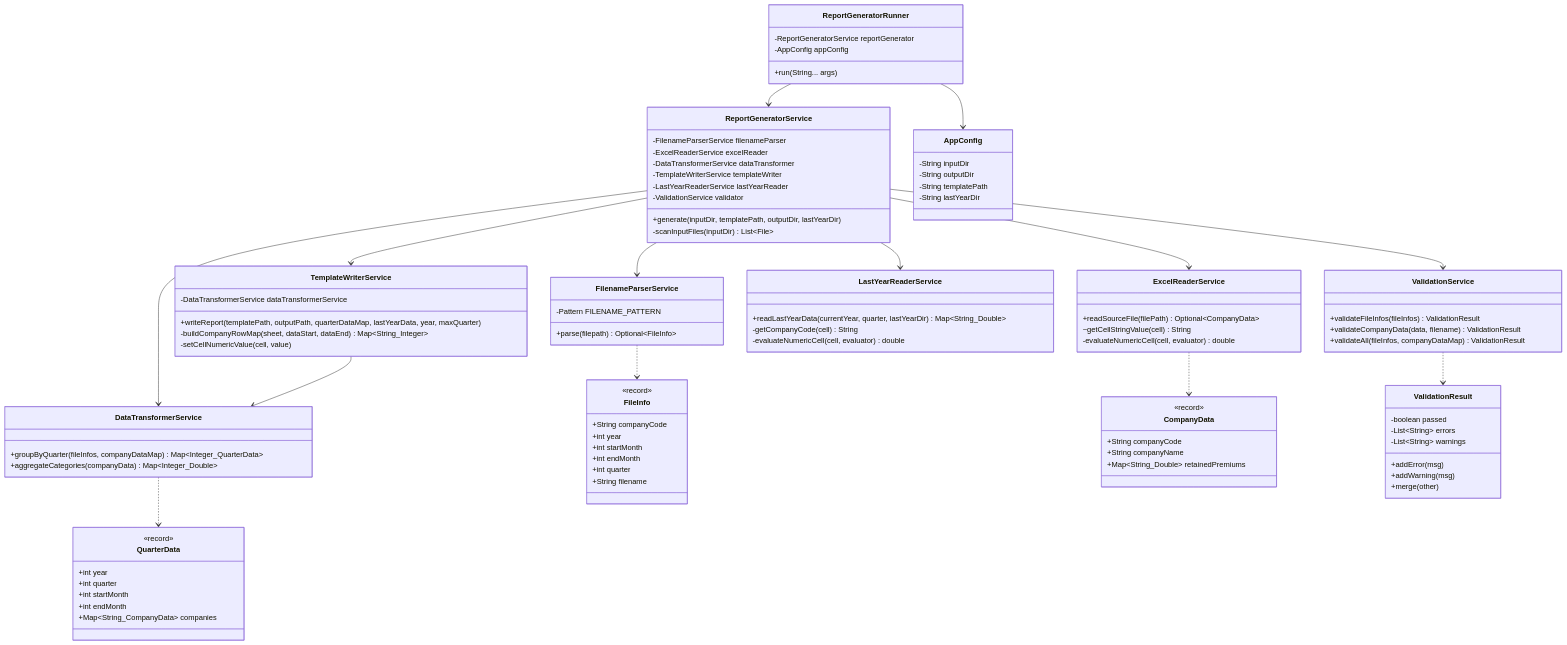
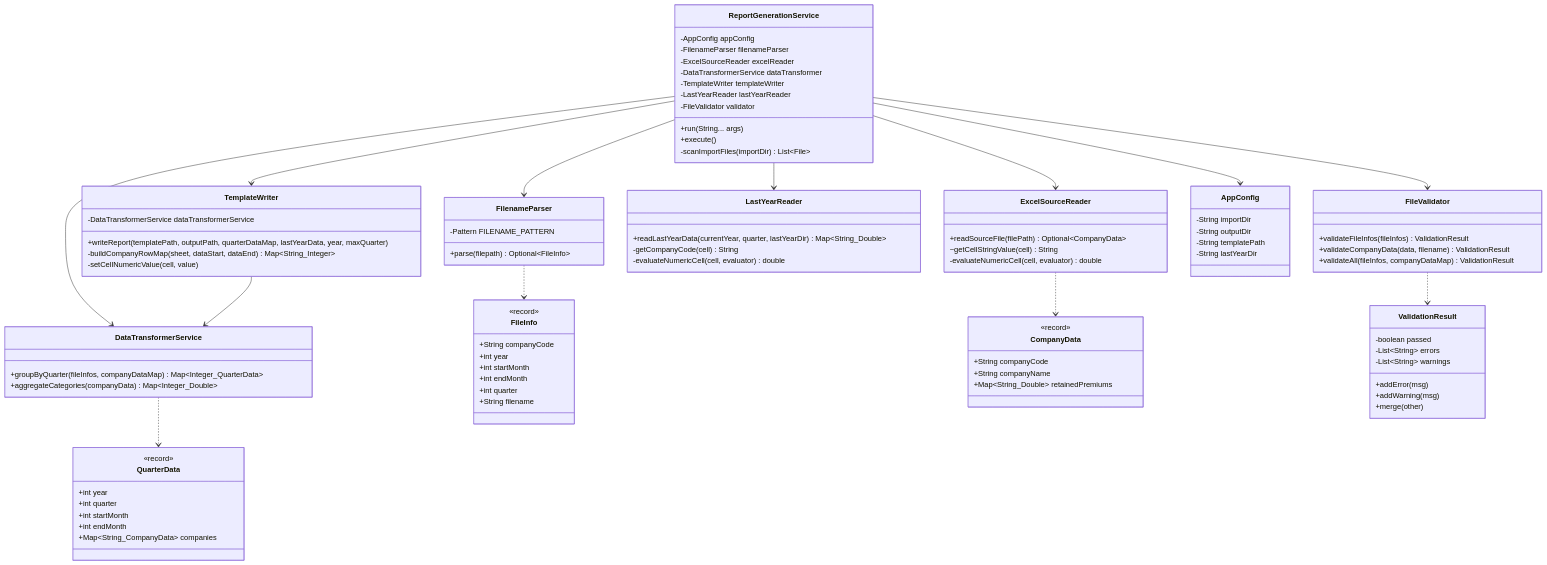
The first of 2 diagrams in docs/06-模組架構與類別圖.md (seawaterfoods/retained-premium-report-transformer), drawn with Mermaid before and after one commit. The commit also changed 74 other files, not shown here.

First line of the commit message:
refactor: migrate to Maven and restructure to match premium-report-automation architecture

````diff
--- a/docs/06-模組架構與類別圖.md
+++ b/docs/06-模組架構與類別圖.md
@@ -9,28 +9,24 @@
 ```mermaid
 classDiagram
-    class ReportGeneratorRunner {
-        -ReportGeneratorService reportGenerator
+    class ReportGenerationService {
         -AppConfig appConfig
+        -FilenameParser filenameParser
+        -ExcelSourceReader excelReader
+        -DataTransformerService dataTransformer
+        -TemplateWriter templateWriter
+        -LastYearReader lastYearReader
+        -FileValidator validator
         +run(String... args)
+        +execute()
+        -scanImportFiles(importDir) List~File~
     }
 
-    class ReportGeneratorService {
-        -FilenameParserService filenameParser
-        -ExcelReaderService excelReader
-        -DataTransformerService dataTransformer
-        -TemplateWriterService templateWriter
-        -LastYearReaderService lastYearReader
-        -ValidationService validator
-        +generate(inputDir, templatePath, outputDir, lastYearDir)
-        -scanInputFiles(inputDir) List~File~
-    }
-
-    class FilenameParserService {
+    class FilenameParser {
         -Pattern FILENAME_PATTERN
         +parse(filepath) Optional~FileInfo~
     }
 
-    class ExcelReaderService {
+    class ExcelSourceReader {
         +readSourceFile(filePath) Optional~CompanyData~
         ~getCellStringValue(cell) String
         -evaluateNumericCell(cell, evaluator) double
@@ -41,27 +37,27 @@
         +aggregateCategories(companyData) Map~Integer_Double~
     }
 
-    class TemplateWriterService {
+    class TemplateWriter {
         -DataTransformerService dataTransformerService
         +writeReport(templatePath, outputPath, quarterDataMap, lastYearData, year, maxQuarter)
         -buildCompanyRowMap(sheet, dataStart, dataEnd) Map~String_Integer~
         -setCellNumericValue(cell, value)
     }
 
-    class LastYearReaderService {
+    class LastYearReader {
         +readLastYearData(currentYear, quarter, lastYearDir) Map~String_Double~
         -getCompanyCode(cell) String
         -evaluateNumericCell(cell, evaluator) double
     }
 
-    class ValidationService {
+    class FileValidator {
         +validateFileInfos(fileInfos) ValidationResult
         +validateCompanyData(data, filename) ValidationResult
         +validateAll(fileInfos, companyDataMap) ValidationResult
     }
 
     class AppConfig {
-        -String inputDir
+        -String importDir
         -String outputDir
         -String templatePath
         -String lastYearDir
@@ -102,17 +98,16 @@
         +merge(other)
     }
 
-    ReportGeneratorRunner --> ReportGeneratorService
-    ReportGeneratorRunner --> AppConfig
-    ReportGeneratorService --> FilenameParserService
-    ReportGeneratorService --> ExcelReaderService
-    ReportGeneratorService --> DataTransformerService
-    ReportGeneratorService --> TemplateWriterService
-    ReportGeneratorService --> LastYearReaderService
-    ReportGeneratorService --> ValidationService
-    TemplateWriterService --> DataTransformerService
-    FilenameParserService ..> FileInfo
-    ExcelReaderService ..> CompanyData
+    ReportGenerationService --> AppConfig
+    ReportGenerationService --> FilenameParser
+    ReportGenerationService --> ExcelSourceReader
+    ReportGenerationService --> DataTransformerService
+    ReportGenerationService --> TemplateWriter
+    ReportGenerationService --> LastYearReader
+    ReportGenerationService --> FileValidator
+    TemplateWriter --> DataTransformerService
+    FilenameParser ..> FileInfo
+    ExcelSourceReader ..> CompanyData
     DataTransformerService ..> QuarterData
-    ValidationService ..> ValidationResult
+    FileValidator ..> ValidationResult
 ```
````
